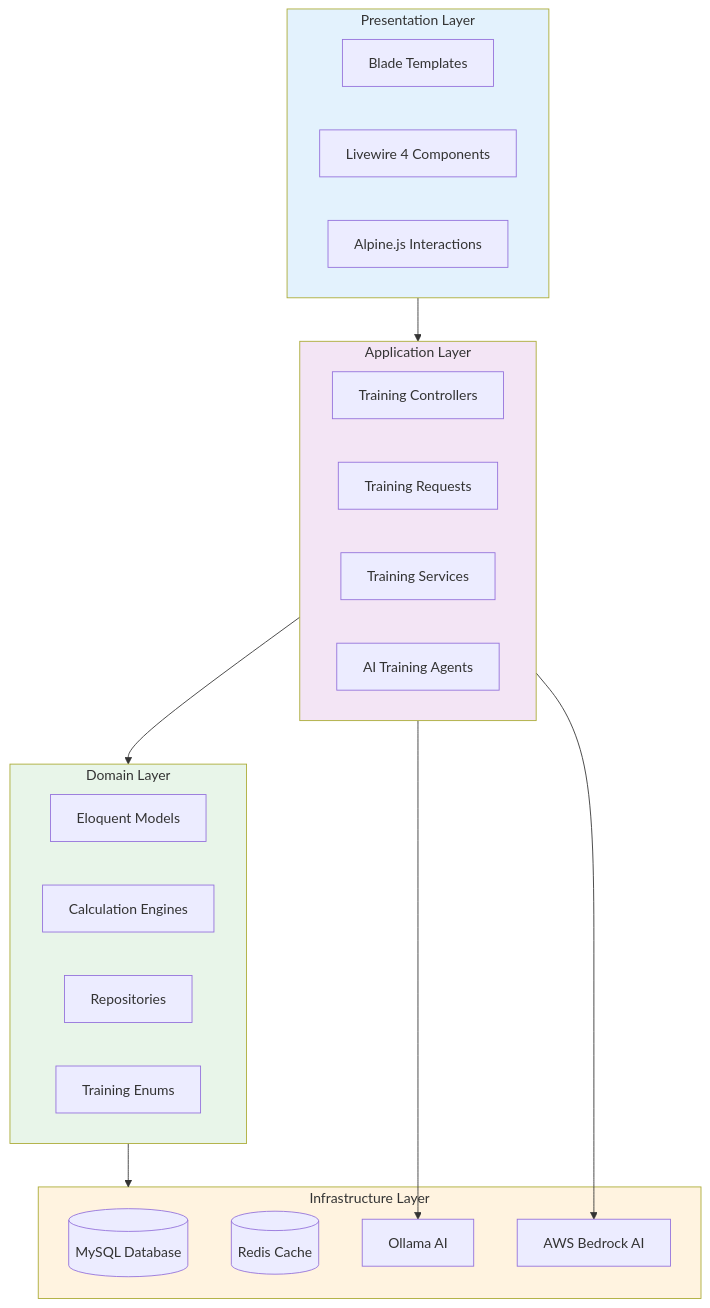
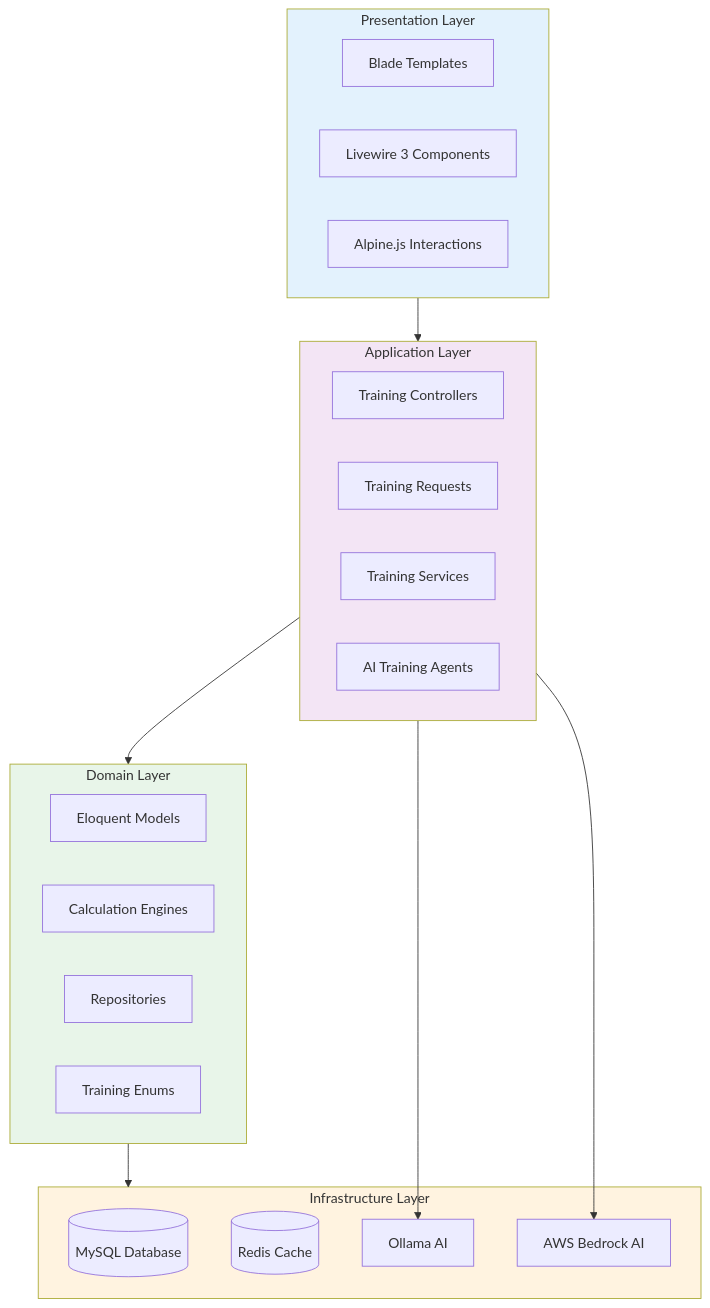
One commit to exatfrds67/umamusume-career-planner changed the first of 7 diagrams in docs/01-tech-flow/TECH-FLOW-002_Training_Optimization_Flow.md. Above: the diagram before and after it, drawn with Mermaid. The commit also changed other lines of this file and 58 other files, not shown here.

Commit message:
docs(flow): fix markdownlint errors in diagrams, flows, sequences, tech-flow, user-flows, and wireframes

````diff
--- a/docs/01-tech-flow/TECH-FLOW-002_Training_Optimization_Flow.md
+++ b/docs/01-tech-flow/TECH-FLOW-002_Training_Optimization_Flow.md
@@ -45,40 +45,40 @@
 ```mermaid
 flowchart TB
     subgraph Presentation["Presentation Layer"]
         Blade["Blade Templates"]
-        Livewire["Livewire 4 Components"]
+        Livewire["Livewire 3 Components"]
         Alpine["Alpine.js Interactions"]
     end
     
     subgraph Application["Application Layer"]
         Controllers["Training Controllers"]
         FormRequests["Training Requests"]
         Services["Training Services"]
         AIAgents["AI Training Agents"]
     end
     
     subgraph Domain["Domain Layer"]
         Models["Eloquent Models"]
         Calculators["Calculation Engines"]
         Repositories["Repositories"]
         Enums["Training Enums"]
     end
     
     subgraph Infrastructure["Infrastructure Layer"]
         MySQL[("MySQL Database")]
         Redis[("Redis Cache")]
         OllamaAI["Ollama AI"]
         BedrockAI["AWS Bedrock AI"]
     end
     
     Presentation --> Application
     Application --> Domain
     Domain --> Infrastructure
     Application --> OllamaAI
     Application --> BedrockAI
     
     style Presentation fill:#e3f2fd
     style Application fill:#f3e5f5
     style Domain fill:#e8f5e9
     style Infrastructure fill:#fff3e0
 ```
````
